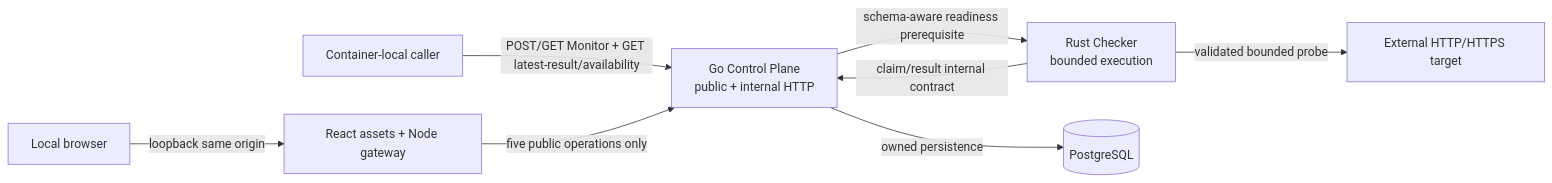
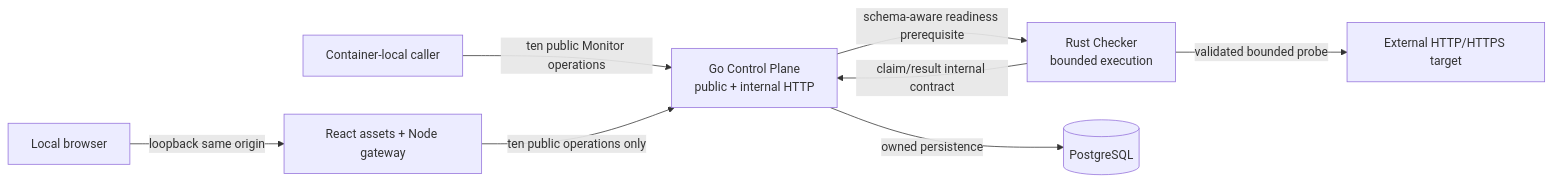
Before and after one commit to kefyusuf/uptime-lab: the diagram in docs/architecture/container-view.md, drawn with Mermaid. The commit also changed other lines of this file and 8 other files, not shown here.

```diff
--- a/docs/architecture/container-view.md
+++ b/docs/architecture/container-view.md
@@ -94,18 +94,18 @@
 ~~~mermaid
 flowchart LR
     Caller["Container-local caller"]
     Browser[Local browser]
     Web[React assets + Node gateway]
     Go["Go Control Plane<br/>public + internal HTTP"]
     Checker["Rust Checker<br/>bounded execution"]
     DB[(PostgreSQL)]
     Target["External HTTP/HTTPS target"]
 
-    Caller -->|POST/GET Monitor + GET latest-result/availability| Go
+    Caller -->|ten public Monitor operations| Go
     Browser -->|loopback same origin| Web
-    Web -->|five public operations only| Go
+    Web -->|ten public operations only| Go
     Checker -->|claim/result internal contract| Go
     Go -->|owned persistence| DB
     Checker -->|validated bounded probe| Target
     Go -->|schema-aware readiness prerequisite| Checker
 ~~~
```
